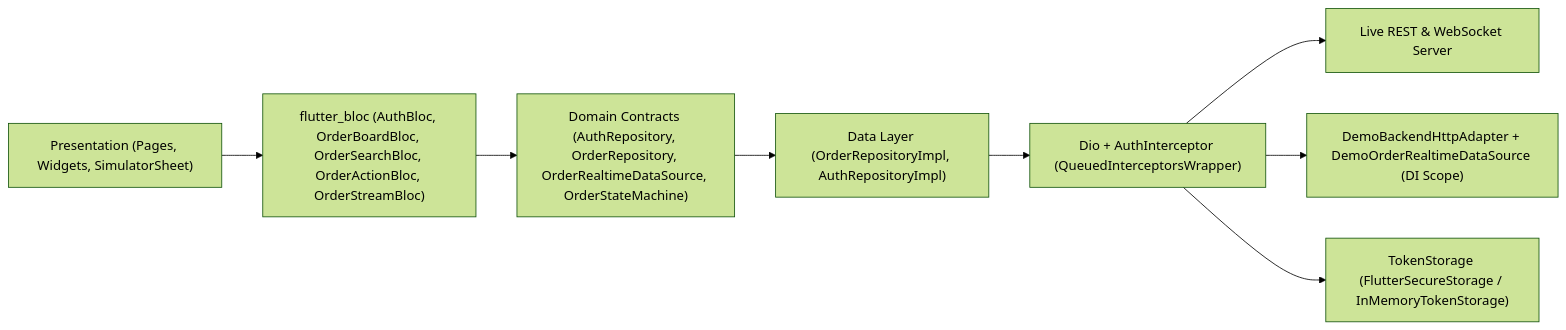
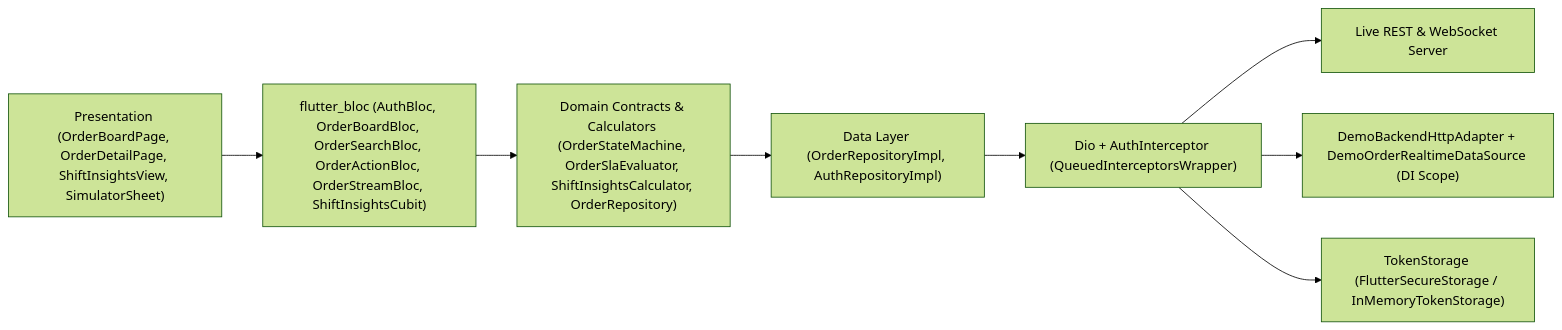
The first of 2 diagrams in README.md (bachiep/orderpulse-flutter), drawn with Mermaid (forest theme) before and after one commit. The commit also changed other lines of this file and 35 other files, not shown here.

Commit message:
feat(v2): KDS UI redesign, live SLA countdowns, prep checklist, and Shift Insights (#19)

````diff
--- a/README.md
+++ b/README.md
@@ -27,10 +28,10 @@
 ```mermaid
 flowchart LR
-    UI["Presentation (Pages, Widgets, SimulatorSheet)"] --> Blocs["flutter_bloc (AuthBloc, OrderBoardBloc, OrderSearchBloc, OrderActionBloc, OrderStreamBloc)"]
-    Blocs --> Domain["Domain Contracts (AuthRepository, OrderRepository, OrderRealtimeDataSource, OrderStateMachine)"]
+    UI["Presentation (OrderBoardPage, OrderDetailPage, ShiftInsightsView, SimulatorSheet)"] --> Blocs["flutter_bloc (AuthBloc, OrderBoardBloc, OrderSearchBloc, OrderActionBloc, OrderStreamBloc, ShiftInsightsCubit)"]
+    Blocs --> Domain["Domain Contracts & Calculators (OrderStateMachine, OrderSlaEvaluator, ShiftInsightsCalculator, OrderRepository)"]
     Domain --> Data["Data Layer (OrderRepositoryImpl, AuthRepositoryImpl)"]
     Data --> Net["Dio + AuthInterceptor (QueuedInterceptorsWrapper)"]
     Net --> LiveAPI["Live REST & WebSocket Server"]
     Net --> DemoAdapter["DemoBackendHttpAdapter + DemoOrderRealtimeDataSource (DI Scope)"]
     Net --> Tokens["TokenStorage (FlutterSecureStorage / InMemoryTokenStorage)"]
 ```
````
